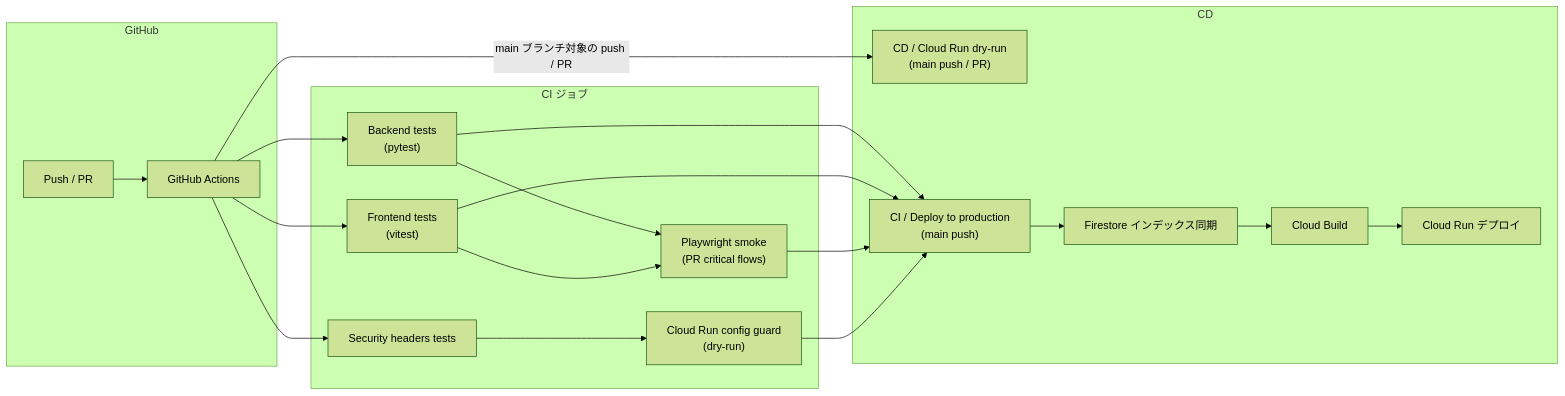
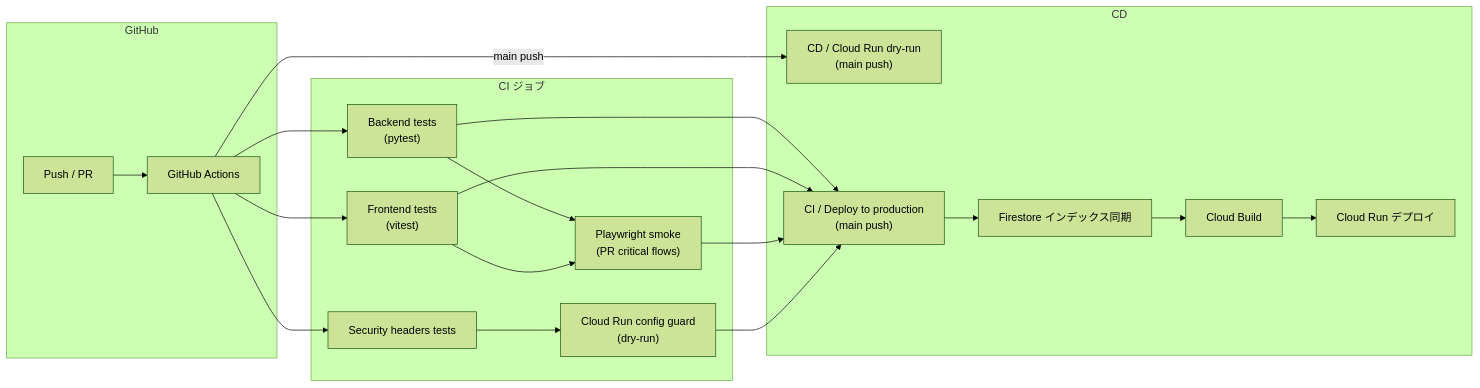
The third of 6 diagrams in docs/infrastructure.md (RiSEblackbird/wordpack-for-english), drawn with Mermaid (forest theme) before and after one commit. The commit also changed other lines of this file and 2 other files, not shown here.

Commit message:
CD dry-runをmain pushのみに限定

````diff
--- a/docs/infrastructure.md
+++ b/docs/infrastructure.md
@@ -118,39 +118,39 @@
 ```mermaid
 flowchart LR
     subgraph GitHub["GitHub"]
         Push["Push / PR"]
         Actions["GitHub Actions"]
     end
 
     subgraph CI["CI ジョブ"]
         BackendTest["Backend tests<br/>(pytest)"]
         SecurityTest["Security headers tests"]
         FrontendTest["Frontend tests<br/>(vitest)"]
         PlaywrightSmoke["Playwright smoke<br/>(PR critical flows)"]
         CloudRunGuard["Cloud Run config guard<br/>(dry-run)"]
     end
 
     subgraph CD["CD"]
-        DryRun["CD / Cloud Run dry-run<br/>(main push / PR)"]
+        DryRun["CD / Cloud Run dry-run<br/>(main push)"]
         ProductionDeploy["CI / Deploy to production<br/>(main push)"]
         FirestoreIndex["Firestore インデックス同期"]
         CloudBuild["Cloud Build"]
         CloudRun["Cloud Run デプロイ"]
     end
 
     Push --> Actions
     Actions --> BackendTest
     Actions --> SecurityTest
     Actions --> FrontendTest
     BackendTest --> PlaywrightSmoke
     FrontendTest --> PlaywrightSmoke
     SecurityTest --> CloudRunGuard
-    Actions -->|main ブランチ対象の push / PR| DryRun
+    Actions -->|main push| DryRun
     BackendTest --> ProductionDeploy
     FrontendTest --> ProductionDeploy
     PlaywrightSmoke --> ProductionDeploy
     CloudRunGuard --> ProductionDeploy
     ProductionDeploy --> FirestoreIndex
     FirestoreIndex --> CloudBuild
     CloudBuild --> CloudRun
 ```
````
